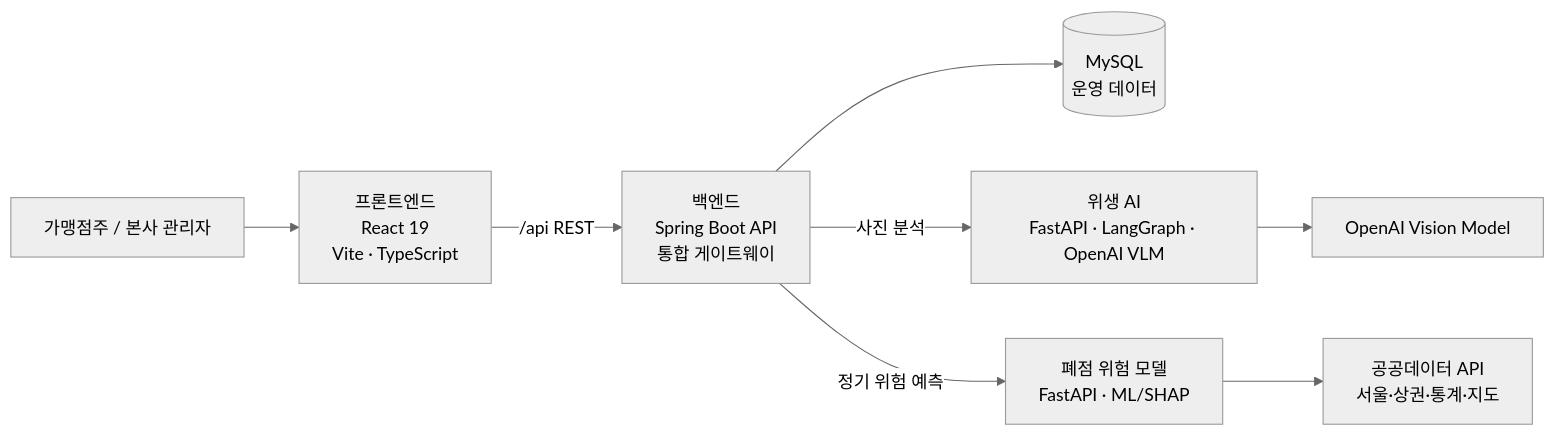
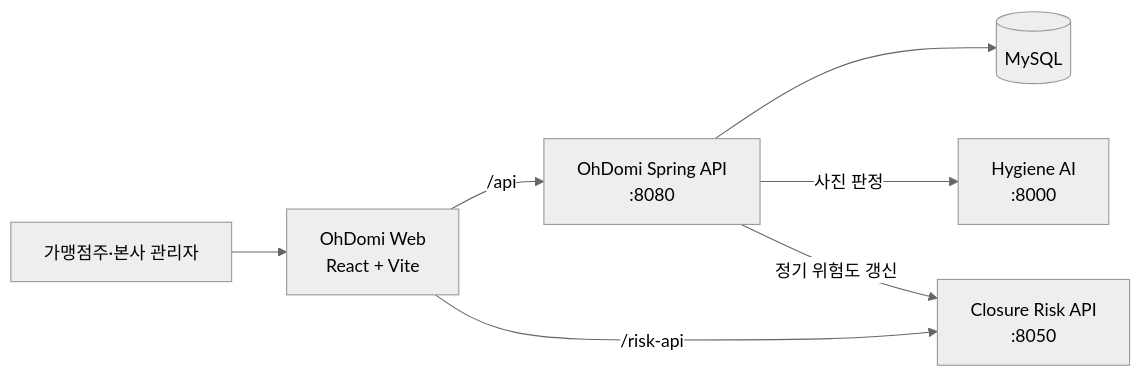
The diagram in README.md (OhDomi/OhDomiReact), drawn with Mermaid (neutral theme) before and after one commit. The commit also changed other lines of this file, not shown here.

````diff
--- a/README.md
+++ b/README.md
@@ -25,10 +25,9 @@
 ```mermaid
 flowchart LR
-    U[가맹점주 / 본사 관리자] --> R[프론트엔드<br>React 19<br/>Vite · TypeScript]
-    R -->|/api REST| S[백엔드<br>Spring Boot API<br/>통합 게이트웨이]
-    S --> DB[(MySQL<br/>운영 데이터)]
-    S -->|사진 분석| H[위생 AI<br/>FastAPI · LangGraph · OpenAI VLM]
-    S -->|정기 위험 예측| M[폐점 위험 모델<br/>FastAPI · ML/SHAP]
-    M --> P[공공데이터 API<br/>서울·상권·통계·지도]
-    H --> O[OpenAI Vision Model]
+    U[가맹점주·본사 관리자] --> W[OhDomi Web<br/>React + Vite]
+    W -->|/api| S[OhDomi Spring API<br/>:8080]
+    W -->|/risk-api| R[Closure Risk API<br/>:8050]
+    S --> DB[(MySQL)]
+    S -->|사진 판정| H[Hygiene AI<br/>:8000]
+    S -->|정기 위험도 갱신| R
 ```
````
